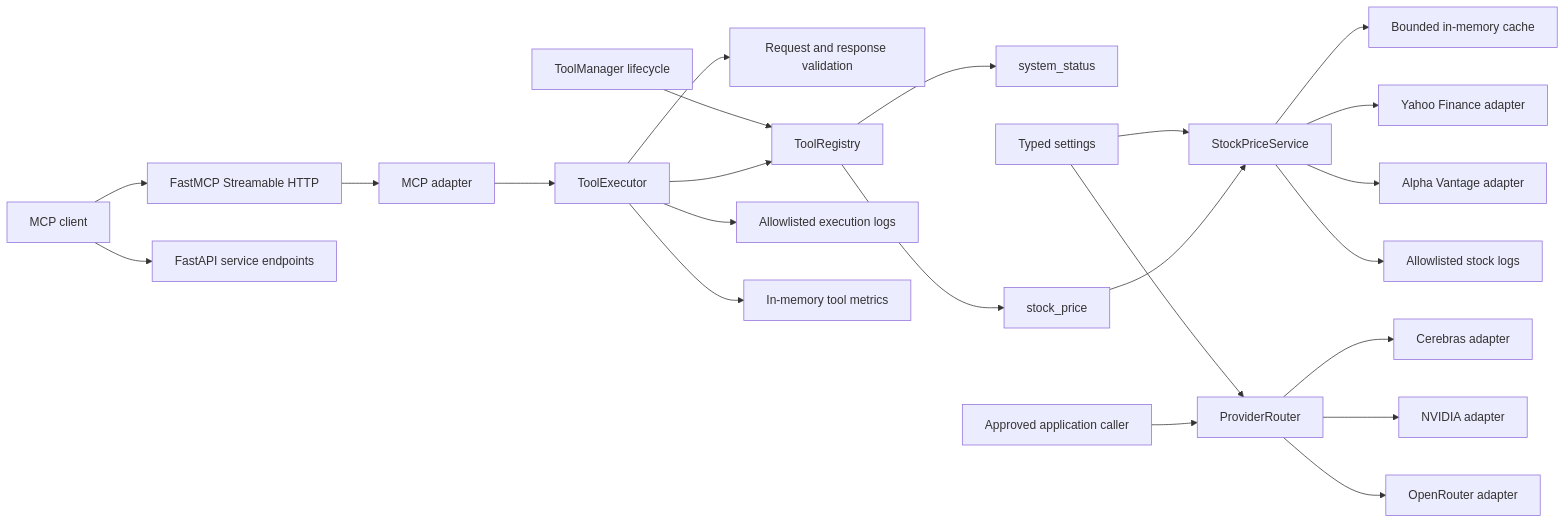
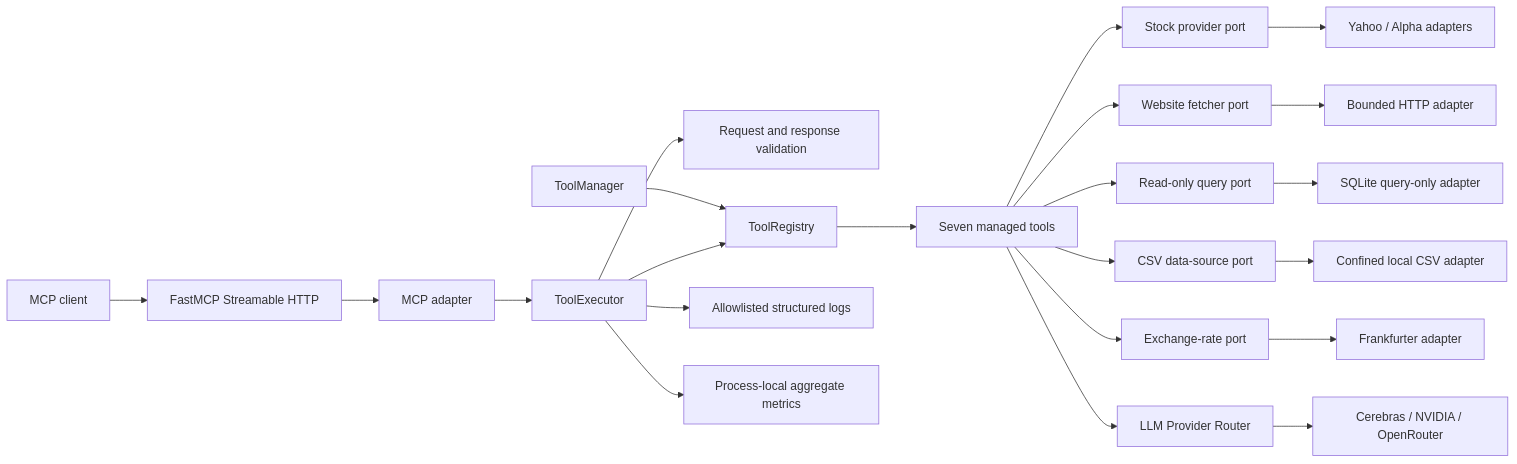
Before and after one commit to LeelaissakAttota/ToolBridge-MCP-Server: the first of 2 diagrams in ARCHITECTURE.md, drawn with Mermaid. The commit also changed other lines of this file and 39 other files, not shown here.

Commit message:
feat(tools): complete Phase 5 core MCP tools

````diff
--- a/ARCHITECTURE.md
+++ b/ARCHITECTURE.md
@@ -9,28 +9,27 @@
 ```mermaid
 flowchart LR
     Client["MCP client"] --> Transport["FastMCP Streamable HTTP"]
-    Client --> API["FastAPI service endpoints"]
-    Transport --> MCPAdapter["MCP adapter"]
-    MCPAdapter --> Executor["ToolExecutor"]
-    Executor --> Validators["Request and response validation"]
+    Transport --> Adapter["MCP adapter"]
+    Adapter --> Executor["ToolExecutor"]
+    Executor --> Validation["Request and response validation"]
     Executor --> Registry["ToolRegistry"]
-    Registry --> System["system_status"]
-    Registry --> Stock["stock_price"]
+    Manager["ToolManager"] --> Registry
+    Registry --> Tools["Seven managed tools"]
 
-    ToolManager["ToolManager lifecycle"] --> Registry
-    Stock --> StockService["StockPriceService"]
-    StockService --> Cache["Bounded in-memory cache"]
-    StockService --> Yahoo["Yahoo Finance adapter"]
-    StockService --> Alpha["Alpha Vantage adapter"]
+    Tools --> Stock["Stock provider port"]
+    Tools --> Web["Website fetcher port"]
+    Tools --> SQL["Read-only query port"]
+    Tools --> CSV["CSV data-source port"]
+    Tools --> FX["Exchange-rate port"]
+    Tools --> Router["LLM Provider Router"]
 
-    Caller["Approved application caller"] --> Router["ProviderRouter"]
-    Router --> Cerebras["Cerebras adapter"]
-    Router --> Nvidia["NVIDIA adapter"]
-    Router --> OpenRouter["OpenRouter adapter"]
+    Stock --> Yahoo["Yahoo / Alpha adapters"]
+    Web --> HTTP["Bounded HTTP adapter"]
+    SQL --> SQLite["SQLite query-only adapter"]
+    CSV --> Files["Confined local CSV adapter"]
+    FX --> Frankfurter["Frankfurter adapter"]
+    Router --> LLMs["Cerebras / NVIDIA / OpenRouter"]
 
-    Executor --> ToolLogs["Allowlisted execution logs"]
-    Executor --> Metrics["In-memory tool metrics"]
-    StockService --> StockLogs["Allowlisted stock logs"]
-    Config["Typed settings"] --> StockService
-    Config --> Router
+    Executor --> Logs["Allowlisted structured logs"]
+    Executor --> Metrics["Process-local aggregate metrics"]
 ```
````
